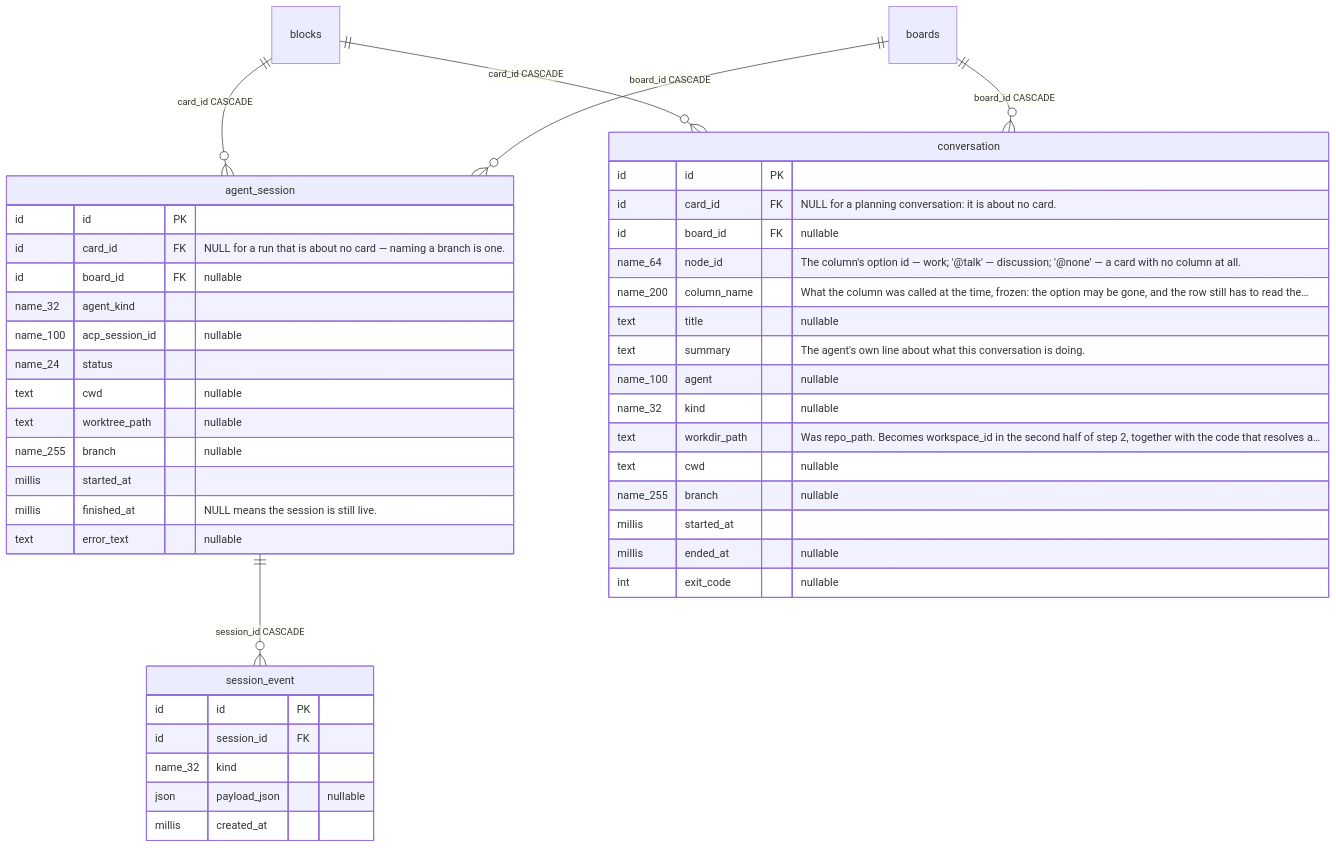
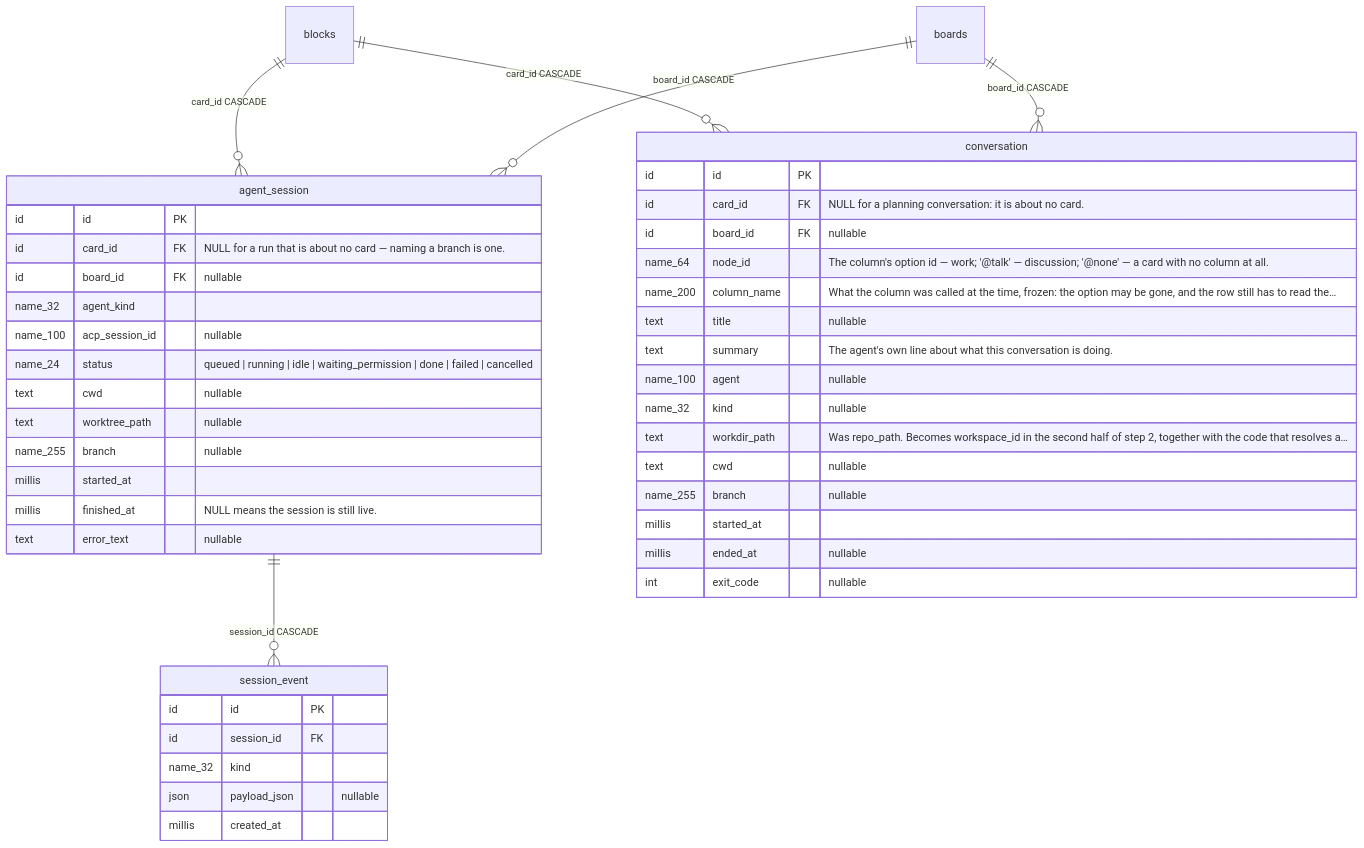
The fourth of 8 diagrams in docs/schema/erd.md (artipop/xciii), drawn with Mermaid before and after one commit. The commit also changed other lines of this file and 3 other files, not shown here.

First line of the commit message:
Put the closed sets on the diagram

````diff
--- a/docs/schema/erd.md
+++ b/docs/schema/erd.md
@@ -314,47 +319,47 @@
 ```mermaid
 erDiagram
     agent_session ||--o{ session_event : "session_id CASCADE"
     blocks ||--o{ agent_session : "card_id CASCADE"
     blocks ||--o{ conversation : "card_id CASCADE"
     boards ||--o{ agent_session : "board_id CASCADE"
     boards ||--o{ conversation : "board_id CASCADE"
 
     conversation {
         id id PK
         id card_id FK "NULL for a planning conversation: it is about no card."
         id board_id FK "nullable"
         name_64 node_id "The column's option id — work; '@talk' — discussion; '@none' — a card with no column at all."
         name_200 column_name "What the column was called at the time, frozen: the option may be gone, and the row still has to read the…"
         text title "nullable"
         text summary "The agent's own line about what this conversation is doing."
         name_100 agent "nullable"
         name_32 kind "nullable"
         text workdir_path "Was repo_path. Becomes workspace_id in the second half of step 2, together with the code that resolves a…"
         text cwd "nullable"
         name_255 branch "nullable"
         millis started_at
         millis ended_at "nullable"
         int exit_code "nullable"
     }
     agent_session {
         id id PK
         id card_id FK "NULL for a run that is about no card — naming a branch is one."
         id board_id FK "nullable"
         name_32 agent_kind
         name_100 acp_session_id "nullable"
-        name_24 status
+        name_24 status "queued | running | idle | waiting_permission | done | failed | cancelled"
         text cwd "nullable"
         text worktree_path "nullable"
         name_255 branch "nullable"
         millis started_at
         millis finished_at "NULL means the session is still live."
         text error_text "nullable"
     }
     session_event {
         id id PK
         id session_id FK
         name_32 kind
         json payload_json "nullable"
         millis created_at
     }
 ```
````
